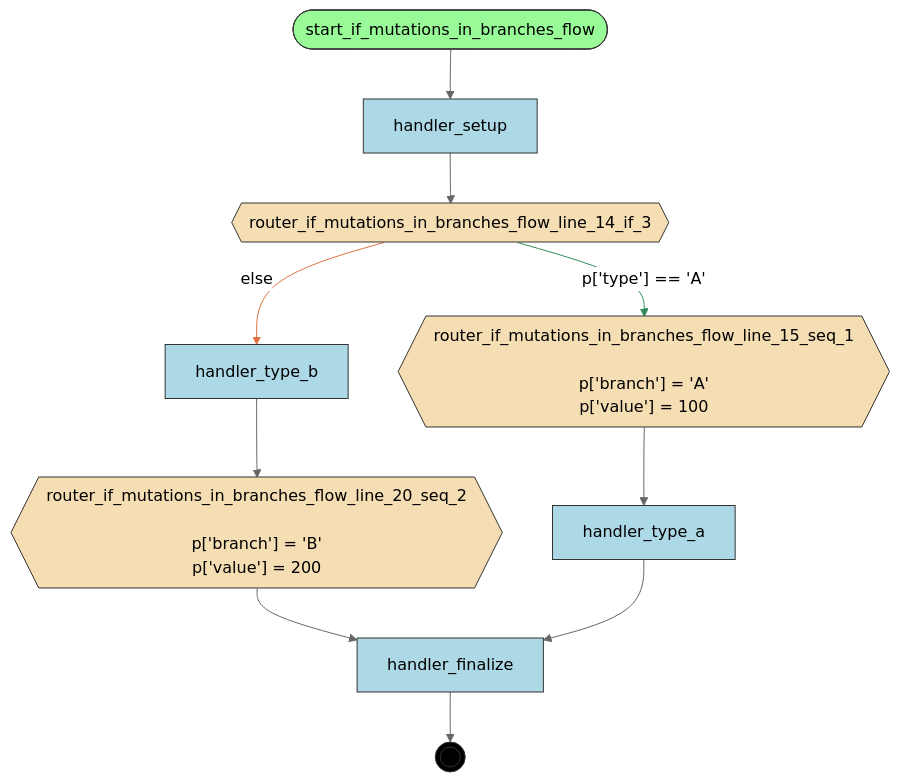
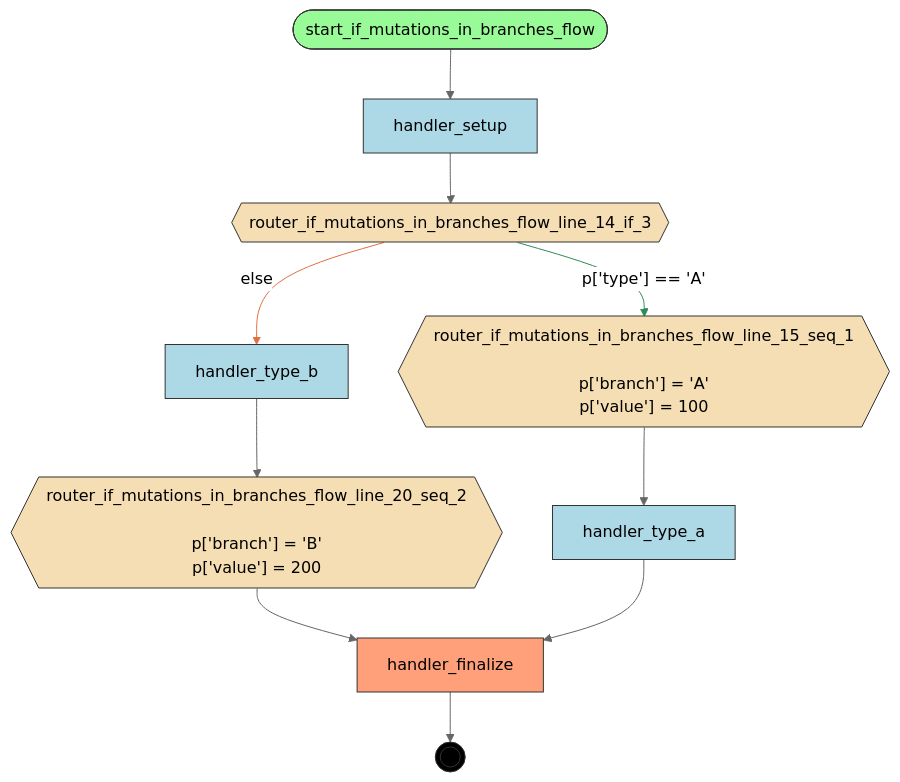
One commit to deliveryhero/asya changed the diagram in examples/flows/compiled/if_mutations_in_branches/flow.mmd. Above: the diagram before and after it, drawn with Mermaid (neutral theme). The commit also changed 364 other files, not shown here.

First line of the commit message:
feat(compiler): Phase 2 — 5-step pipeline with manifest generation and FlowInfo (#339)

```diff
--- a/examples/flows/compiled/if_mutations_in_branches/flow.mmd
+++ b/examples/flows/compiled/if_mutations_in_branches/flow.mmd
@@ -1,33 +1,35 @@
 flowchart TD
     %% Flow: if_mutations_in_branches_flow
 
     handler_finalize[handler_finalize]
     handler_setup[handler_setup]
     handler_type_a[handler_type_a]
     handler_type_b[handler_type_b]
     router_if_mutations_in_branches_flow_line_14_if_3{{router_if_mutations_in_branches_flow_line_14_if_3}}
     router_if_mutations_in_branches_flow_line_15_seq_1{{"router_if_mutations_in_branches_flow_line_15_seq_1<br/><br/>p['branch'] = 'A'<br/>p['value'] = 100"}}
     router_if_mutations_in_branches_flow_line_20_seq_2{{"router_if_mutations_in_branches_flow_line_20_seq_2<br/><br/>p['branch'] = 'B'<br/>p['value'] = 200"}}
     start_if_mutations_in_branches_flow([start_if_mutations_in_branches_flow])
     __end__((( )))
 
     start_if_mutations_in_branches_flow --> handler_setup
     handler_setup --> router_if_mutations_in_branches_flow_line_14_if_3
     router_if_mutations_in_branches_flow_line_15_seq_1 --> handler_type_a
     router_if_mutations_in_branches_flow_line_14_if_3 -->|"p['type'] == 'A'"| router_if_mutations_in_branches_flow_line_15_seq_1
     router_if_mutations_in_branches_flow_line_14_if_3 -->|"else"| handler_type_b
     handler_type_b --> router_if_mutations_in_branches_flow_line_20_seq_2
     router_if_mutations_in_branches_flow_line_20_seq_2 --> handler_finalize
     handler_type_a --> handler_finalize
     handler_finalize --> __end__
 
-    classDef entrypoint fill:#98FB98,stroke:#333
+    classDef start fill:#98FB98,stroke:#333
+    classDef endnode fill:#FFA07A,stroke:#333
     classDef router fill:#F5DEB3,stroke:#333
     classDef handler fill:#ADD8E6,stroke:#333
     classDef endpoint fill:#000,stroke:#333,color:#fff
-    class start_if_mutations_in_branches_flow entrypoint
+    class start_if_mutations_in_branches_flow start
+    class handler_finalize endnode
     class router_if_mutations_in_branches_flow_line_14_if_3,router_if_mutations_in_branches_flow_line_15_seq_1,router_if_mutations_in_branches_flow_line_20_seq_2 router
-    class handler_finalize,handler_setup,handler_type_a,handler_type_b handler
+    class handler_setup,handler_type_a,handler_type_b handler
     class __end__ endpoint
     linkStyle 3 stroke:#2E8B57
     linkStyle 4 stroke:#E07040
```
